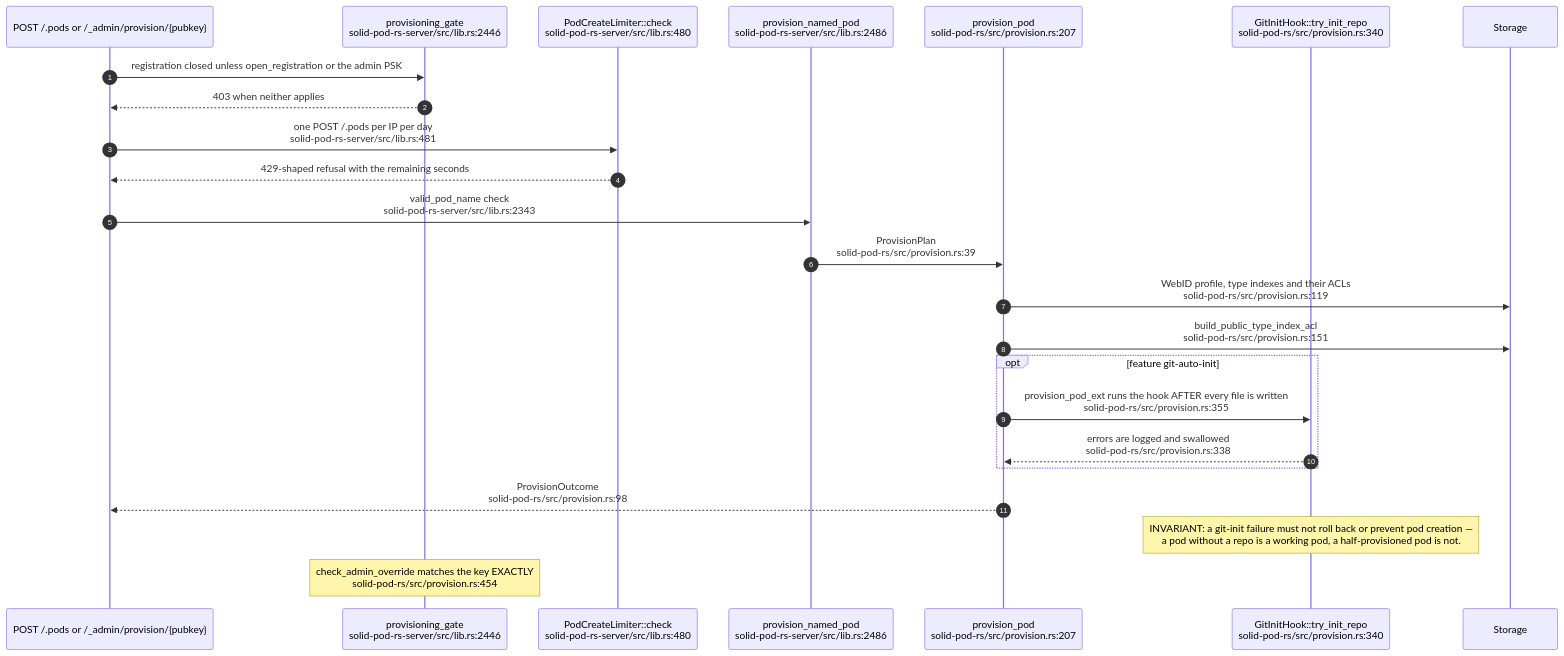
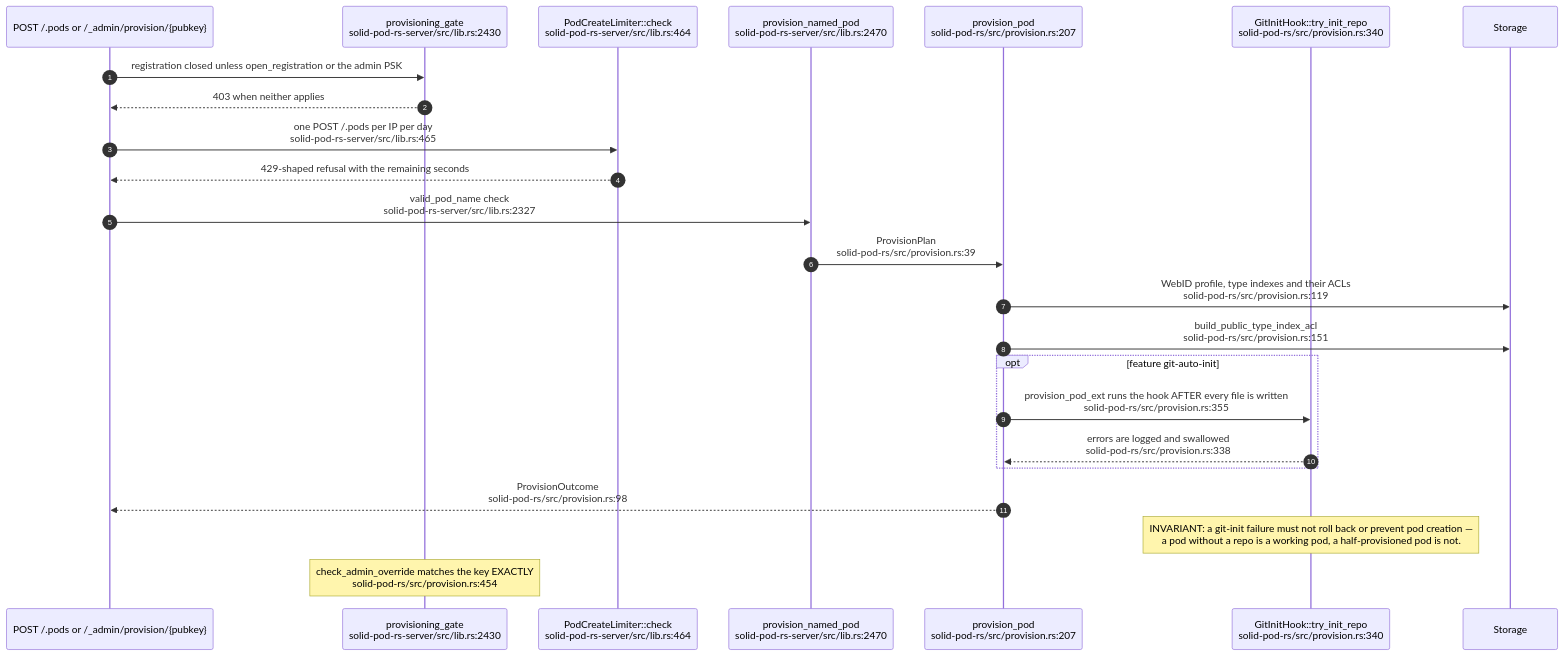
Before and after one commit to DreamLab-AI/VisionFlow: the seventh of 11 diagrams in docs/diagrams/solid-pod-rs/06-storage-quota-and-git-pods.md, drawn with Mermaid. The commit also changed other lines of this file and 31 other files, not shown here.

````diff
--- a/docs/diagrams/solid-pod-rs/06-storage-quota-and-git-pods.md
+++ b/docs/diagrams/solid-pod-rs/06-storage-quota-and-git-pods.md
@@ -175,27 +175,27 @@
 ```mermaid
 sequenceDiagram
     autonumber
     participant C as POST /.pods or /_admin/provision/{pubkey}
-    participant G as provisioning_gate<br/>solid-pod-rs-server/src/lib.rs:2446
-    participant L as PodCreateLimiter::check<br/>solid-pod-rs-server/src/lib.rs:480
-    participant PN as provision_named_pod<br/>solid-pod-rs-server/src/lib.rs:2486
+    participant G as provisioning_gate<br/>solid-pod-rs-server/src/lib.rs:2430
+    participant L as PodCreateLimiter::check<br/>solid-pod-rs-server/src/lib.rs:464
+    participant PN as provision_named_pod<br/>solid-pod-rs-server/src/lib.rs:2470
     participant P as provision_pod<br/>solid-pod-rs/src/provision.rs:207
     participant H as GitInitHook::try_init_repo<br/>solid-pod-rs/src/provision.rs:340
     participant S as Storage
 
     C->>G: registration closed unless open_registration or the admin PSK
     G-->>C: 403 when neither applies
-    C->>L: one POST /.pods per IP per day<br/>solid-pod-rs-server/src/lib.rs:481
+    C->>L: one POST /.pods per IP per day<br/>solid-pod-rs-server/src/lib.rs:465
     L-->>C: 429-shaped refusal with the remaining seconds
-    C->>PN: valid_pod_name check<br/>solid-pod-rs-server/src/lib.rs:2343
+    C->>PN: valid_pod_name check<br/>solid-pod-rs-server/src/lib.rs:2327
     PN->>P: ProvisionPlan<br/>solid-pod-rs/src/provision.rs:39
     P->>S: WebID profile, type indexes and their ACLs<br/>solid-pod-rs/src/provision.rs:119
     P->>S: build_public_type_index_acl<br/>solid-pod-rs/src/provision.rs:151
     opt feature git-auto-init
         P->>H: provision_pod_ext runs the hook AFTER every file is written<br/>solid-pod-rs/src/provision.rs:355
         H-->>P: errors are logged and swallowed<br/>solid-pod-rs/src/provision.rs:338
     end
     P-->>C: ProvisionOutcome<br/>solid-pod-rs/src/provision.rs:98
     Note over H: INVARIANT: a git-init failure must not roll back or prevent pod creation —<br/>a pod without a repo is a working pod, a half-provisioned pod is not.
     Note over G: check_admin_override matches the key EXACTLY<br/>solid-pod-rs/src/provision.rs:454
 ```
````
